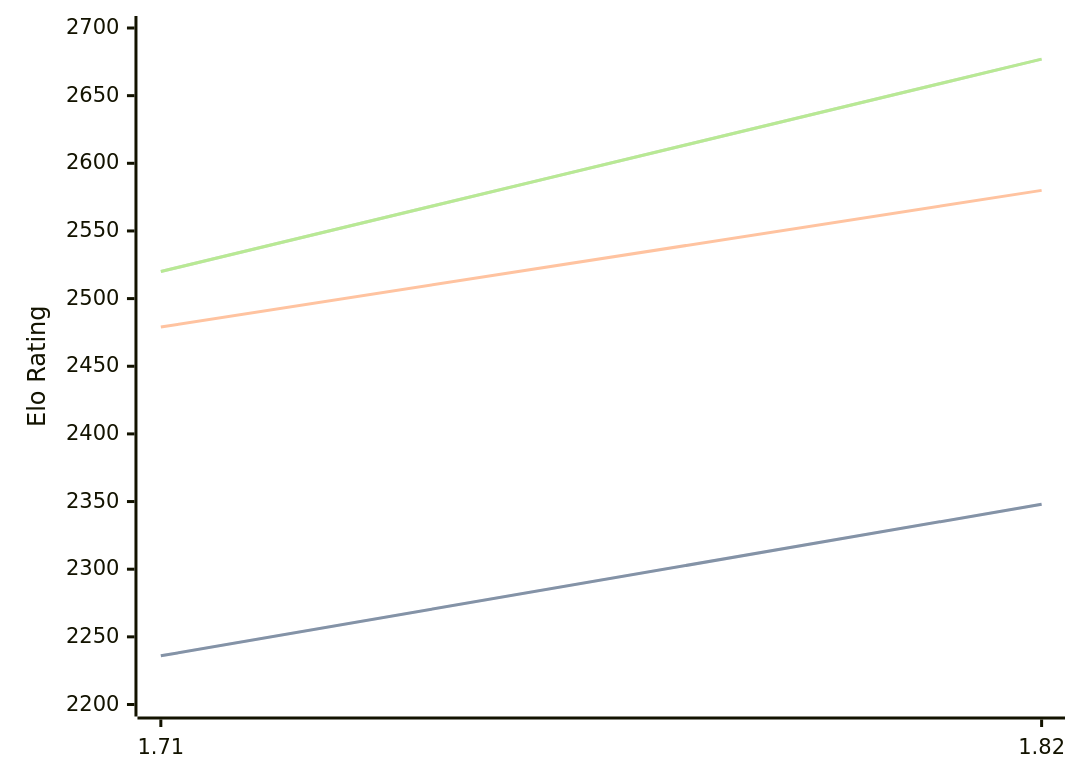
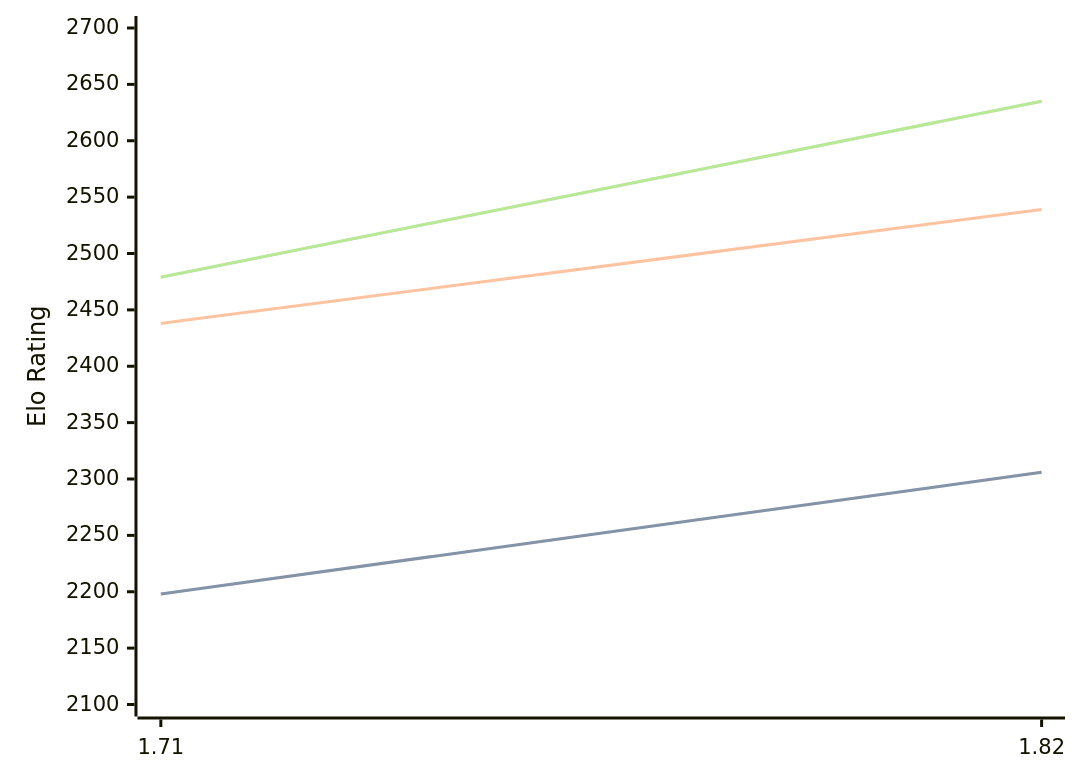
One commit to computer-chess-index/cci changed the diagram in engines/Amira.md. Above: the diagram before and after it, drawn with Mermaid. The commit also changed other lines of this file, not shown here.

Commit message:
Update CCI Ratings (ELO VLTC) - 2026-05-19

````diff
--- a/engines/Amira.md
+++ b/engines/Amira.md
@@ -35,11 +35,11 @@
 ```mermaid
 %%{init: {"theme":"base","themeVariables":{"seriesColors:['#a3a3a3','#222221','#faa371']}}}%%
 xychart-beta
   x-axis ["1.71", "1.82"]
-  y-axis "Elo Rating" 2200 --> 2700
-  line "STC (8.0+0.08s)" [2236, 2348]
-  line "STC (8.0+0.08s)" [2236, 2348]
-  line "LTC (60.0+0.60s)" [2479, 2580]
-  line "VLTC (2m24s+1.12s)" [2520, 2677]
-  line "VLTC (2m24s+1.12s)" [2520, 2677]
+  y-axis "Elo Rating" 2100 --> 2700
+  line "STC (8.0+0.08s)" [2198, 2306]
+  line "STC (8.0+0.08s)" [2198, 2306]
+  line "LTC (60.0+0.60s)" [2438, 2539]
+  line "VLTC (2m24s+1.12s)" [2479, 2635]
+  line "VLTC (2m24s+1.12s)" [2479, 2635]
 ```
````
